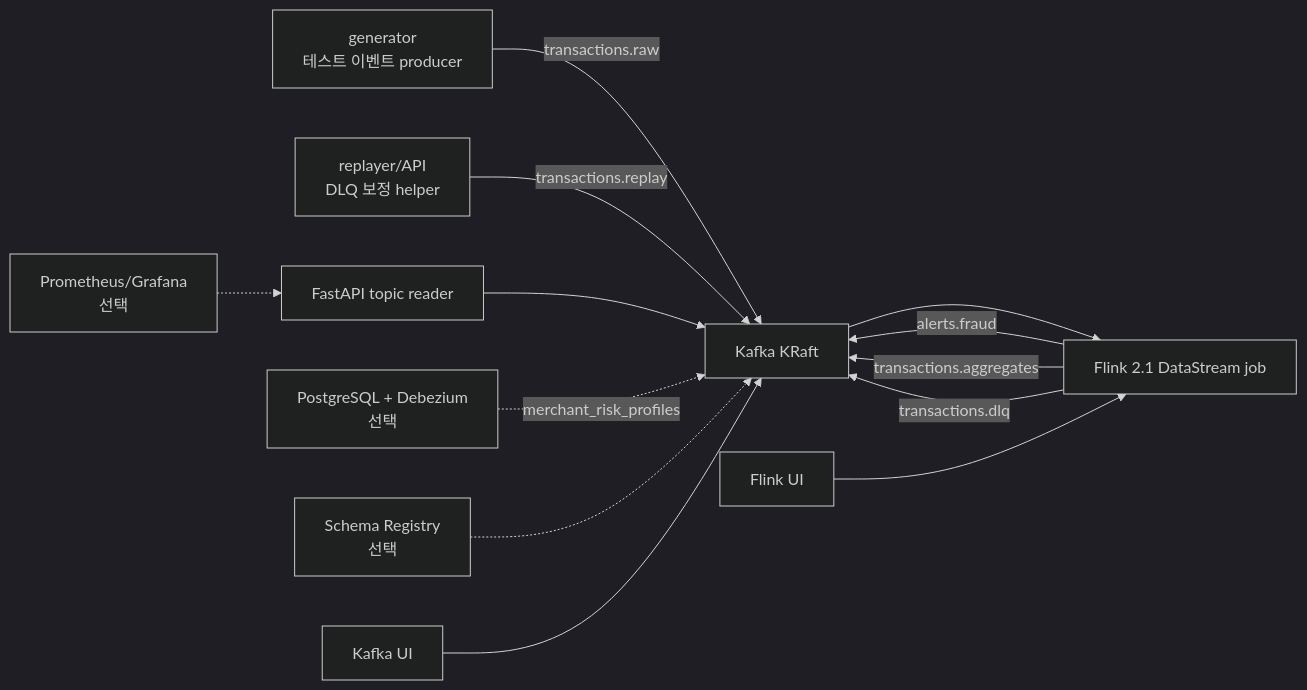
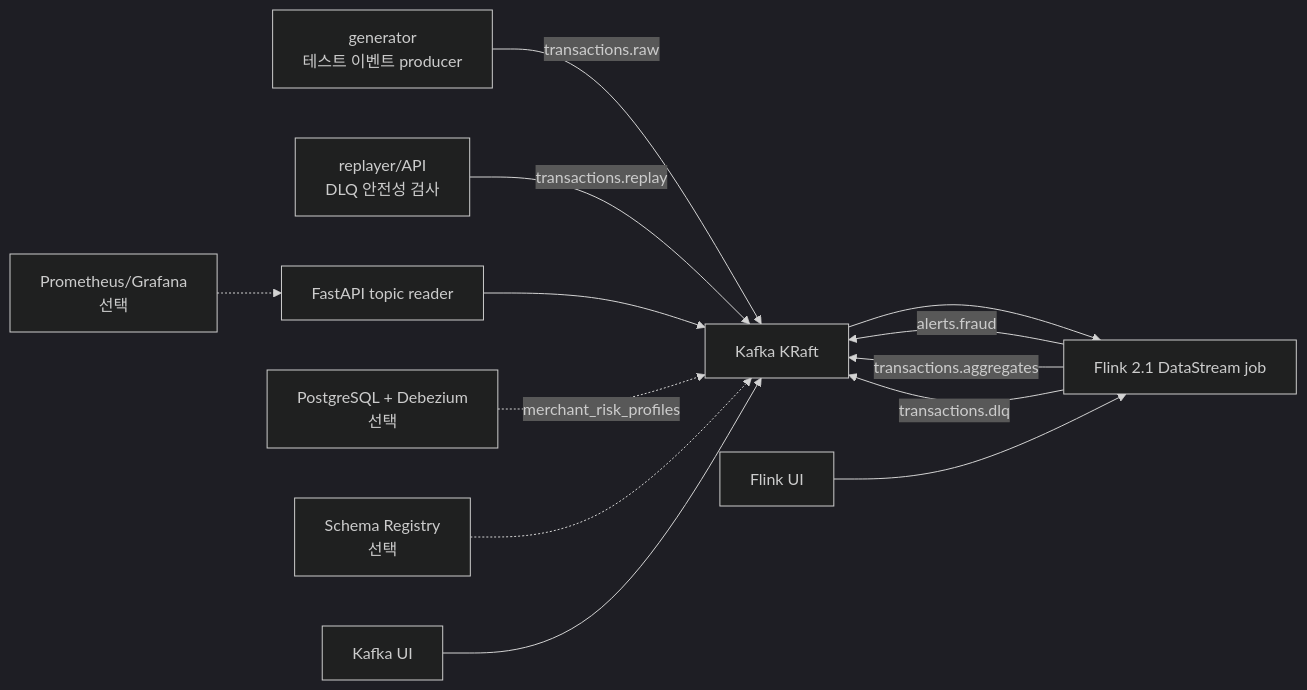
One commit to jaejungscene/flink-kafka-realtime-lab changed the diagram in docs/project-structure.md. Above: the diagram before and after it, drawn with Mermaid (dark theme). The commit also changed other lines of this file and 19 other files, not shown here.

````diff
--- a/docs/project-structure.md
+++ b/docs/project-structure.md
@@ -13,15 +14,15 @@
 ```mermaid
 flowchart LR
     Generator["generator<br/>테스트 이벤트 producer"] -->|transactions.raw| Kafka["Kafka KRaft"]
-    Replayer["replayer/API<br/>DLQ 보정 helper"] -->|transactions.replay| Kafka
+    Replayer["replayer/API<br/>DLQ 안전성 검사"] -->|transactions.replay| Kafka
     Kafka --> Flink["Flink 2.1 DataStream job"]
     Flink -->|alerts.fraud| Kafka
     Flink -->|transactions.aggregates| Kafka
     Flink -->|transactions.dlq| Kafka
     API["FastAPI topic reader"] --> Kafka
     CDC["PostgreSQL + Debezium<br/>선택"] -.->|merchant_risk_profiles| Kafka
     Schema["Schema Registry<br/>선택"] -.-> Kafka
     Metrics["Prometheus/Grafana<br/>선택"] -.-> API
     KafkaUI["Kafka UI"] --> Kafka
     FlinkUI["Flink UI"] --> Flink
 ```
````
